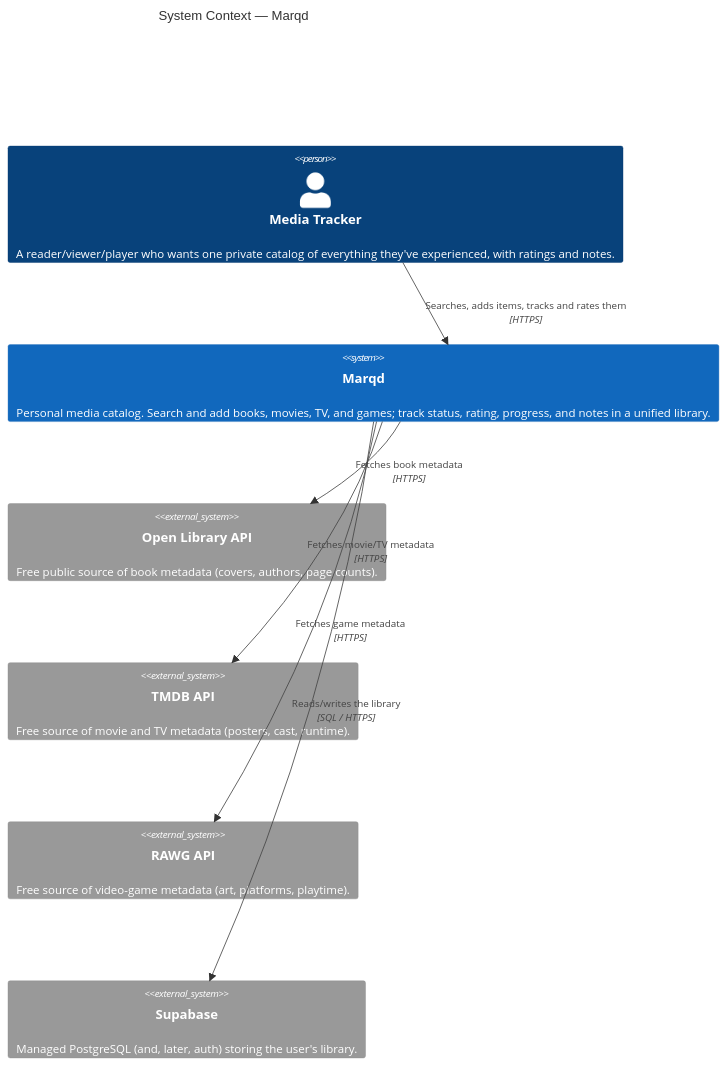
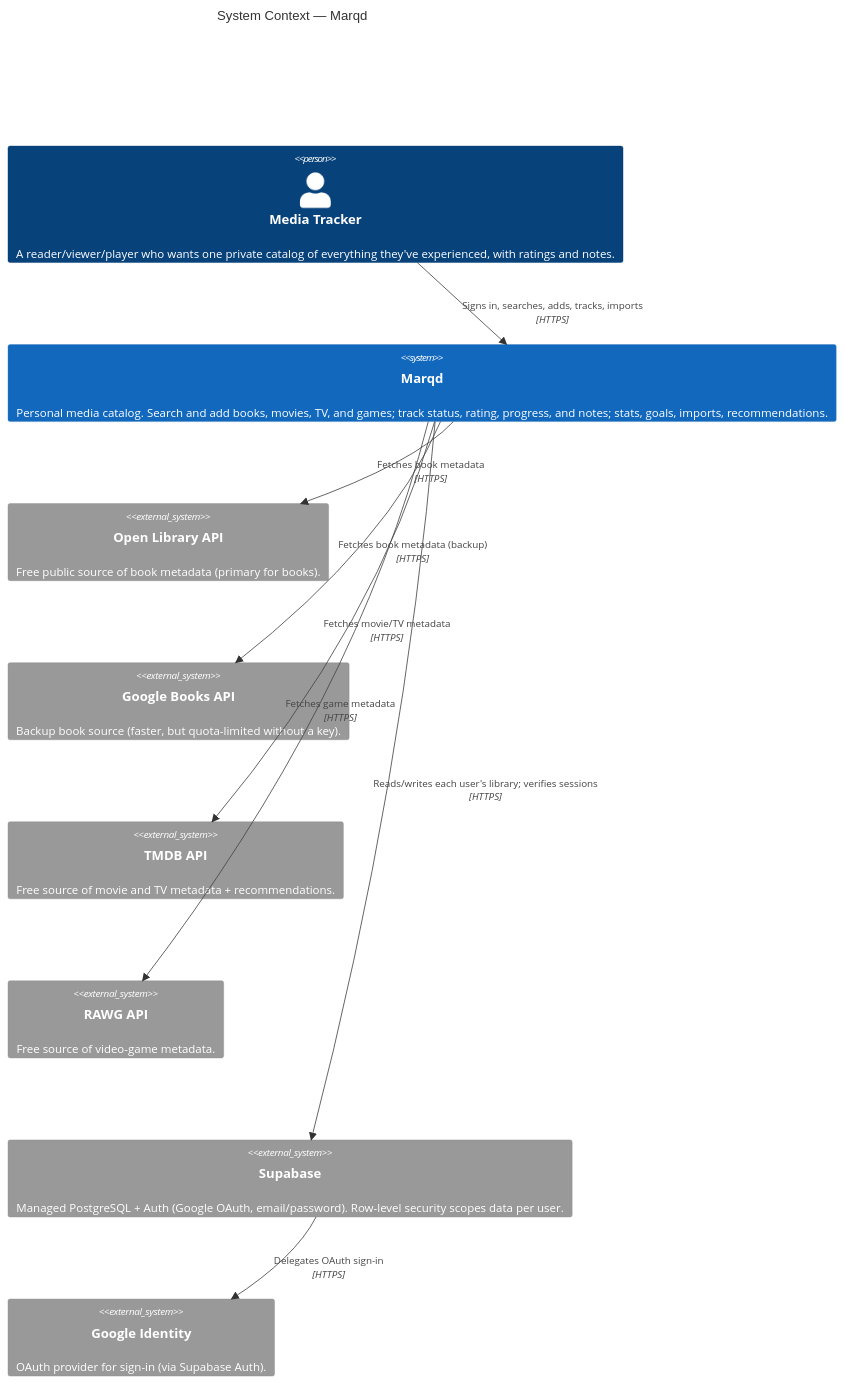
Before and after one commit to lam-andrew/media-tracker: the first of 2 diagrams in docs/architecture.md, drawn with Mermaid. The commit also changed other lines of this file and 4 other files, not shown here.

First line of the commit message:
docs: bring README, CLAUDE.md status, and C4 diagrams up to date; ADR 0012

````diff
--- a/docs/architecture.md
+++ b/docs/architecture.md
@@ -25,21 +25,25 @@
 ```mermaid
 C4Context
     title System Context — Marqd
 
     Person(user, "Media Tracker", "A reader/viewer/player who wants one private catalog of everything they've experienced, with ratings and notes.")
 
-    System(marqd, "Marqd", "Personal media catalog. Search and add books, movies, TV, and games; track status, rating, progress, and notes in a unified library.")
+    System(marqd, "Marqd", "Personal media catalog. Search and add books, movies, TV, and games; track status, rating, progress, and notes; stats, goals, imports, recommendations.")
 
-    System_Ext(openlibrary, "Open Library API", "Free public source of book metadata (covers, authors, page counts).")
-    System_Ext(tmdb, "TMDB API", "Free source of movie and TV metadata (posters, cast, runtime).")
-    System_Ext(rawg, "RAWG API", "Free source of video-game metadata (art, platforms, playtime).")
-    System_Ext(supabase, "Supabase", "Managed PostgreSQL (and, later, auth) storing the user's library.")
+    System_Ext(openlibrary, "Open Library API", "Free public source of book metadata (primary for books).")
+    System_Ext(googlebooks, "Google Books API", "Backup book source (faster, but quota-limited without a key).")
+    System_Ext(tmdb, "TMDB API", "Free source of movie and TV metadata + recommendations.")
+    System_Ext(rawg, "RAWG API", "Free source of video-game metadata.")
+    System_Ext(supabase, "Supabase", "Managed PostgreSQL + Auth (Google OAuth, email/password). Row-level security scopes data per user.")
+    System_Ext(google, "Google Identity", "OAuth provider for sign-in (via Supabase Auth).")
 
-    Rel(user, marqd, "Searches, adds items, tracks and rates them", "HTTPS")
+    Rel(user, marqd, "Signs in, searches, adds, tracks, imports", "HTTPS")
     Rel(marqd, openlibrary, "Fetches book metadata", "HTTPS")
+    Rel(marqd, googlebooks, "Fetches book metadata (backup)", "HTTPS")
     Rel(marqd, tmdb, "Fetches movie/TV metadata", "HTTPS")
     Rel(marqd, rawg, "Fetches game metadata", "HTTPS")
-    Rel(marqd, supabase, "Reads/writes the library", "SQL / HTTPS")
+    Rel(marqd, supabase, "Reads/writes each user's library; verifies sessions", "HTTPS")
+    Rel(supabase, google, "Delegates OAuth sign-in", "HTTPS")
 
     UpdateLayoutConfig($c4ShapeInRow="2", $c4BoundaryInRow="1")
 ```
````
